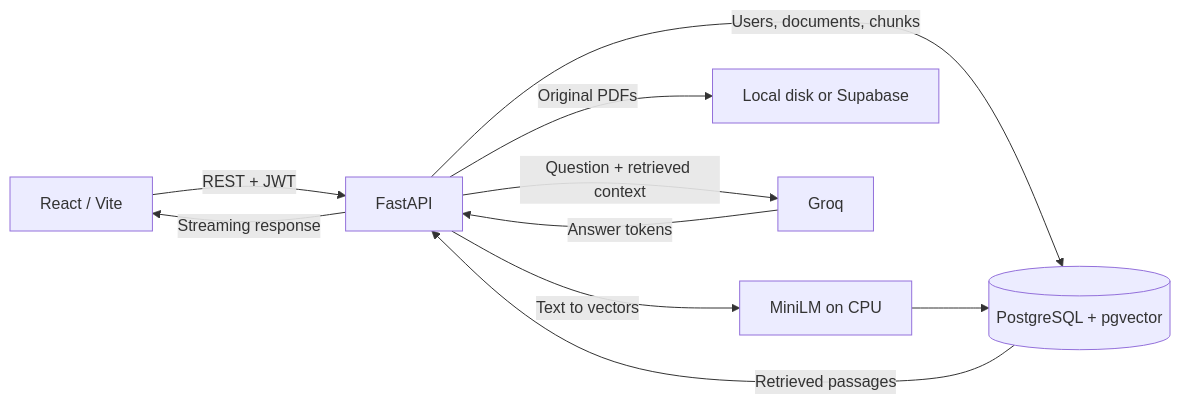
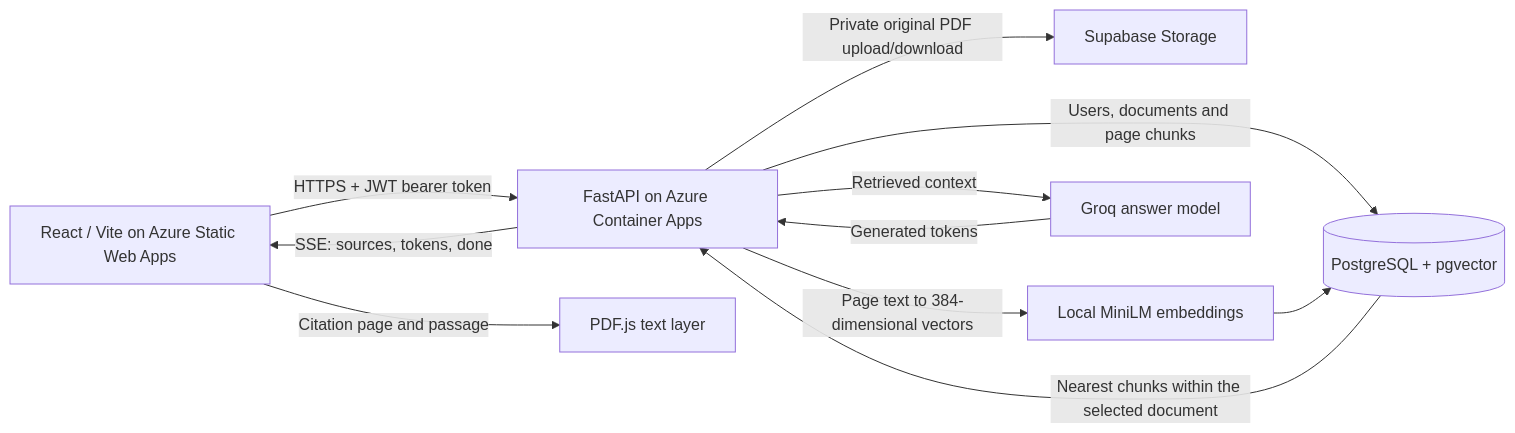
Before and after one commit to ahmedforge/pdf-backend: the diagram in README.md, drawn with Mermaid. The commit also changed other lines of this file and 97 other files, not shown here.

Commit message:
feat: publish reconciled full-stack PDF workspace with page citations and guest demo

````diff
--- a/README.md
+++ b/README.md
@@ -22,12 +123,13 @@
 ```mermaid
 flowchart LR
-    UI[React / Vite] -->|REST + JWT| API[FastAPI]
-    API -->|Users, documents, chunks| DB[(PostgreSQL + pgvector)]
-    API -->|Text to vectors| Embed[MiniLM on CPU]
+    Browser[React / Vite on Azure Static Web Apps] -->|HTTPS + JWT bearer token| API[FastAPI on Azure Container Apps]
+    API -->|Users, documents and page chunks| DB[(PostgreSQL + pgvector)]
+    API -->|Private original PDF upload/download| Storage[Supabase Storage]
+    API -->|Page text to 384-dimensional vectors| Embed[Local MiniLM embeddings]
     Embed --> DB
-    API -->|Original PDFs| Storage[Local disk or Supabase]
-    DB -->|Retrieved passages| API
-    API -->|Question + retrieved context| Model[Groq]
-    Model -->|Answer tokens| API
-    API -->|Streaming response| UI
+    DB -->|Nearest chunks within the selected document| API
+    API -->|Retrieved context| Groq[Groq answer model]
+    Groq -->|Generated tokens| API
+    API -->|SSE: sources, tokens, done| Browser
+    Browser -->|Citation page and passage| Viewer[PDF.js text layer]
 ```
````
